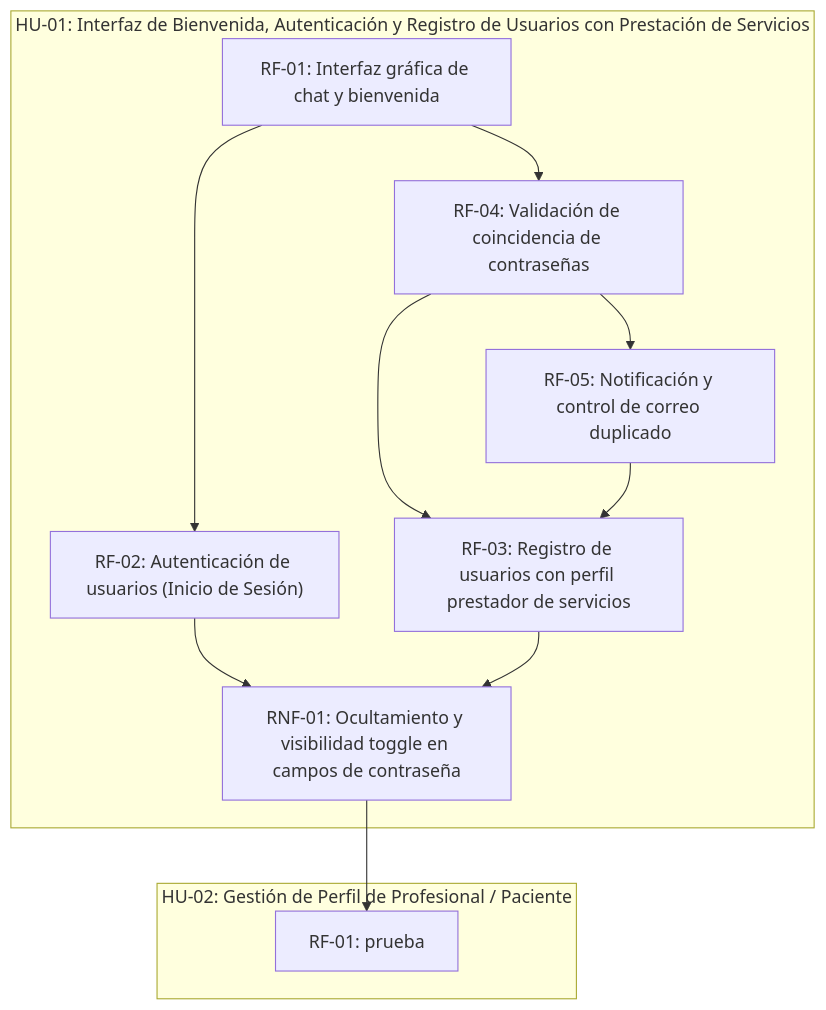
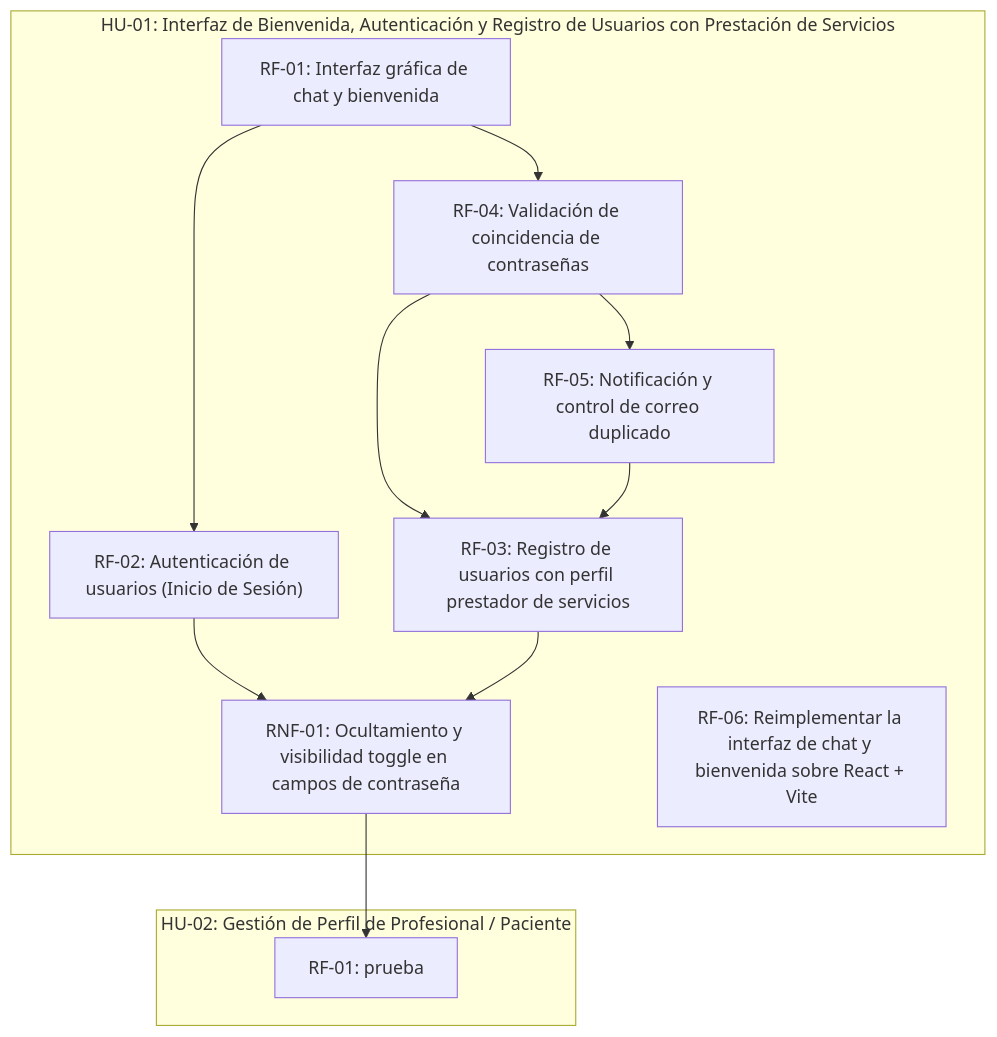
The diagram in scrumDocs/grafo.md (fiemcasals/refactoryProfesionales), drawn with Mermaid before and after one commit. The commit also changed other lines of this file, not shown here.

````diff
--- a/scrumDocs/grafo.md
+++ b/scrumDocs/grafo.md
@@ -5,22 +5,23 @@
 ```mermaid
 graph TD
   subgraph US_1785510643692["HU-01: Interfaz de Bienvenida, Autenticación y Registro de Usuarios con Prestación de Servicios"]
     REQ_1785771199977["RF-01: Interfaz gráfica de chat y bienvenida"]
     REQ_1785771214294["RF-02: Autenticación de usuarios (Inicio de Sesión)"]
     REQ_1785771214393["RF-03: Registro de usuarios con perfil prestador de servicios"]
     REQ_1785771214462["RF-04: Validación de coincidencia de contraseñas"]
     REQ_1785771214528["RF-05: Notificación y control de correo duplicado"]
     REQ_1785771214595["RNF-01: Ocultamiento y visibilidad toggle en campos de contraseña"]
+    REQ_1790685849827["RF-06: Reimplementar la interfaz de chat y bienvenida sobre React + Vite"]
   end
   subgraph US_1785769796519["HU-02: Gestión de Perfil de Profesional / Paciente"]
     REQ_1786726707284["RF-01: prueba"]
   end
   REQ_1785771199977 --> REQ_1785771214294
   REQ_1785771214462 --> REQ_1785771214393
   REQ_1785771214528 --> REQ_1785771214393
   REQ_1785771199977 --> REQ_1785771214462
   REQ_1785771214462 --> REQ_1785771214528
   REQ_1785771214294 --> REQ_1785771214595
   REQ_1785771214393 --> REQ_1785771214595
   REQ_1785771214595 --> REQ_1786726707284
 ```
````
